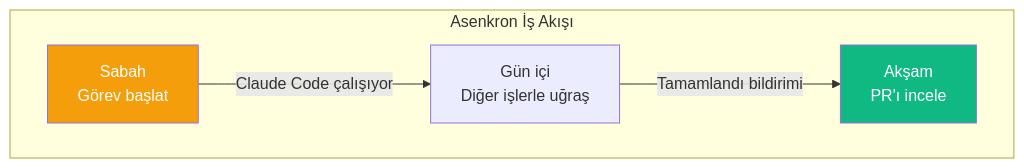
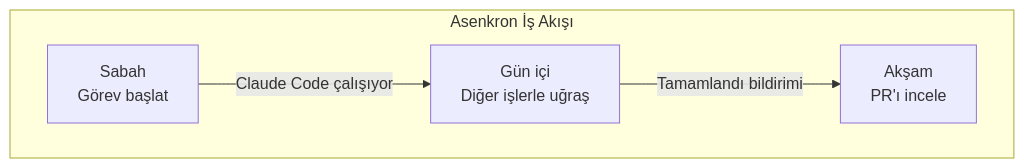
Before and after one commit to IzzetYasinAtes/ClaudeCodeHandbook: the fourth of 7 diagrams in 15-entegrasyonlar/08-web-uzerinde-claude-code.md, drawn with Mermaid. The commit also changed other lines of this file and 97 other files, not shown here.

Commit message:
Remove all custom Mermaid style/fill colors from 98 markdown files for consistent dark theme rendering

````diff
--- a/15-entegrasyonlar/08-web-uzerinde-claude-code.md
+++ b/15-entegrasyonlar/08-web-uzerinde-claude-code.md
@@ -125,15 +118,13 @@
 ```mermaid
 flowchart TB
     subgraph async ["Asenkron İş Akışı"]
         direction LR
         T1["Sabah<br/>Görev başlat"]
         T2["Gün içi<br/>Diğer işlerle uğraş"]
         T3["Akşam<br/>PR'ı incele"]
     end
 
     T1 -->|"Claude Code çalışıyor"| T2
     T2 -->|"Tamamlandı bildirimi"| T3
 
-    style T1 fill:#F59E0B,color:#fff
-    style T3 fill:#10B981,color:#fff
 ```
````
